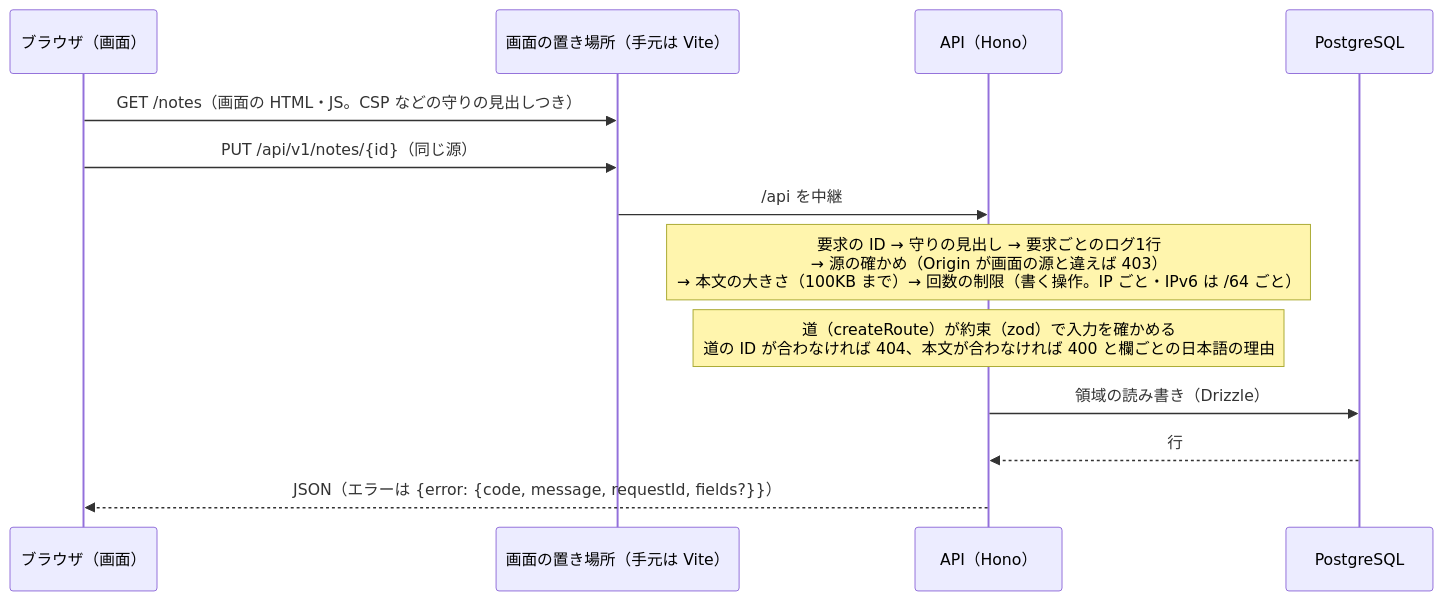
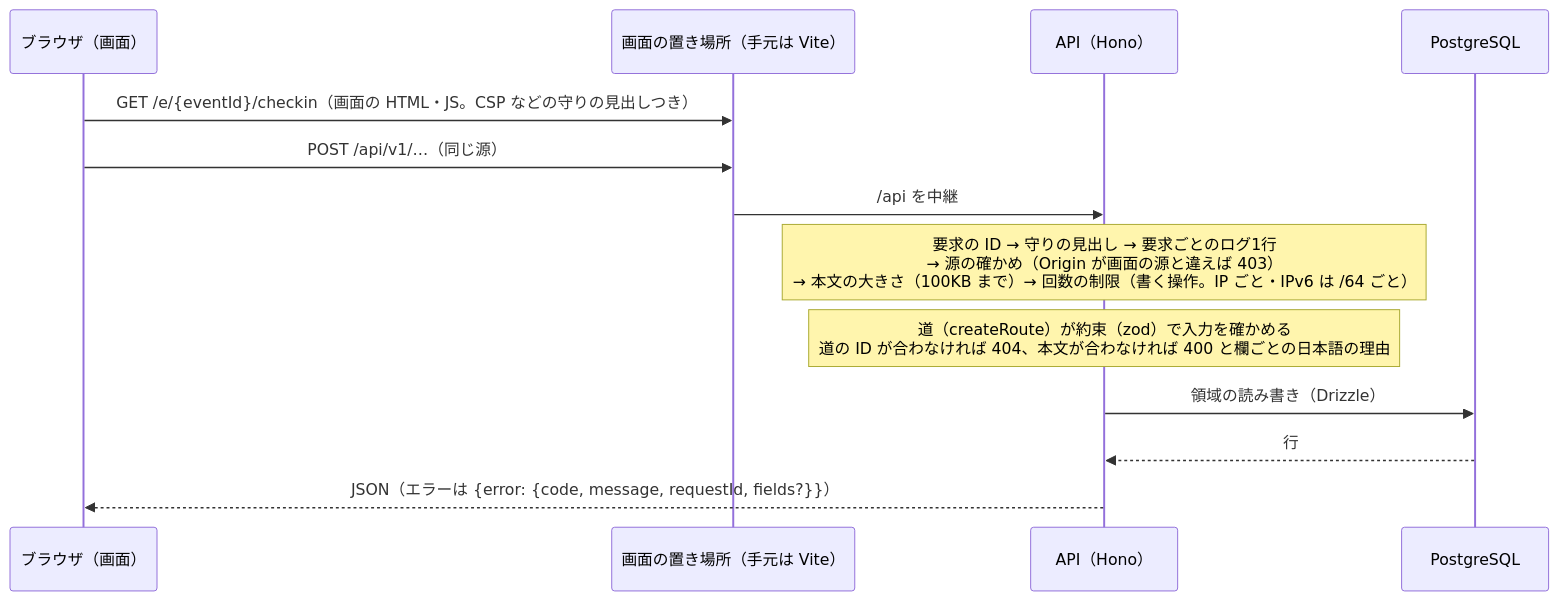
The third of 3 diagrams in docs/architecture.md (takumi-okuya-dev/kanaeru-apps), drawn with Mermaid before and after one commit. The commit also changed other lines of this file and 44 other files, not shown here.

````diff
--- a/docs/architecture.md
+++ b/docs/architecture.md
@@ -86,15 +86,15 @@
 ```mermaid
 sequenceDiagram
   participant B as ブラウザ（画面）
   participant V as 画面の置き場所（手元は Vite）
   participant A as API（Hono）
   participant D as PostgreSQL
-  B->>V: GET /notes（画面の HTML・JS。CSP などの守りの見出しつき）
-  B->>V: PUT /api/v1/notes/{id}（同じ源）
+  B->>V: GET /e/{eventId}/checkin（画面の HTML・JS。CSP などの守りの見出しつき）
+  B->>V: POST /api/v1/…（同じ源）
   V->>A: /api を中継
   Note over A: 要求の ID → 守りの見出し → 要求ごとのログ1行<br/>→ 源の確かめ（Origin が画面の源と違えば 403）<br/>→ 本文の大きさ（100KB まで）→ 回数の制限（書く操作。IP ごと・IPv6 は /64 ごと）
   Note over A: 道（createRoute）が約束（zod）で入力を確かめる<br/>道の ID が合わなければ 404、本文が合わなければ 400 と欄ごとの日本語の理由
   A->>D: 領域の読み書き（Drizzle）
   D-->>A: 行
   A-->>B: JSON（エラーは {error: {code, message, requestId, fields?}}）
 ```
````
